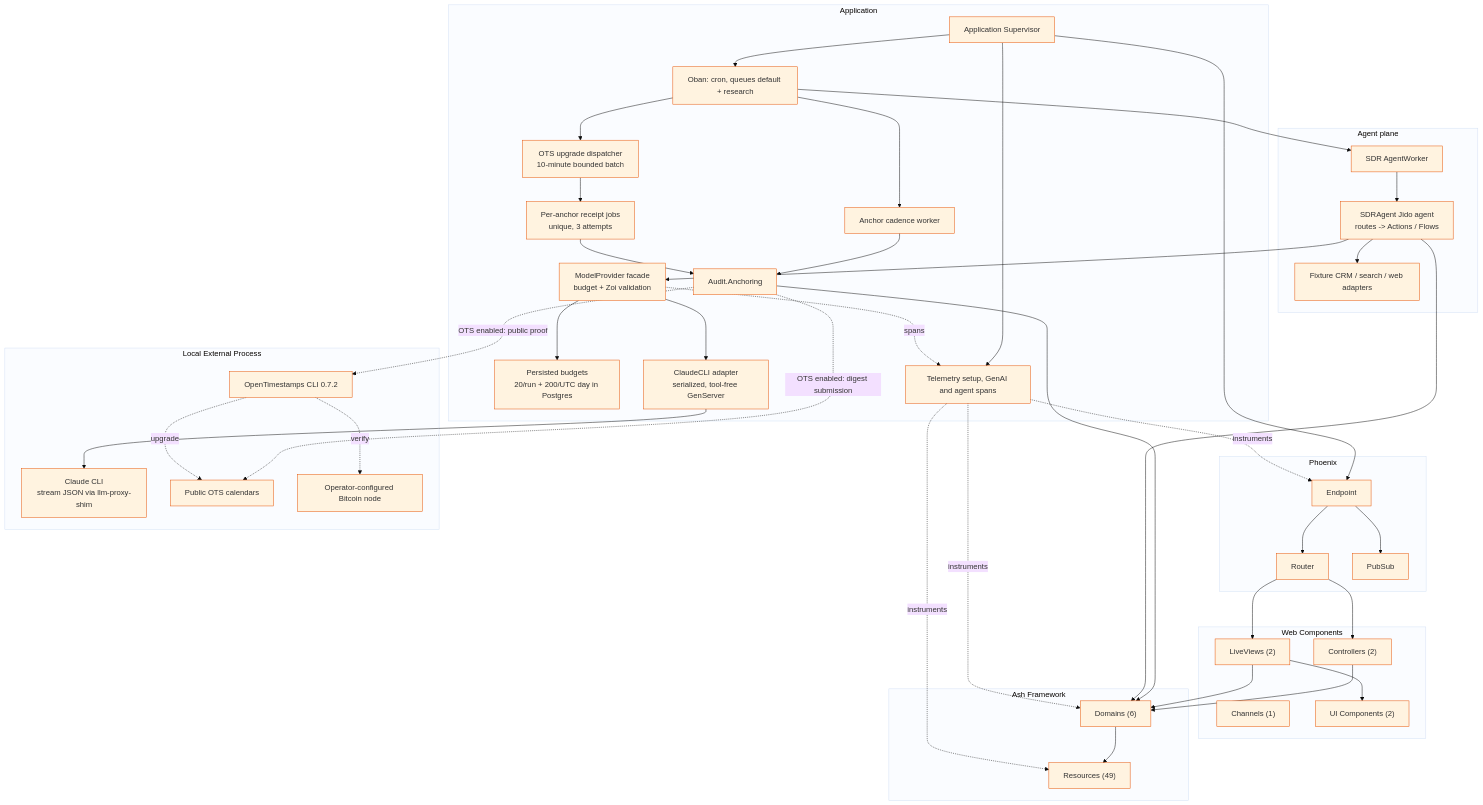
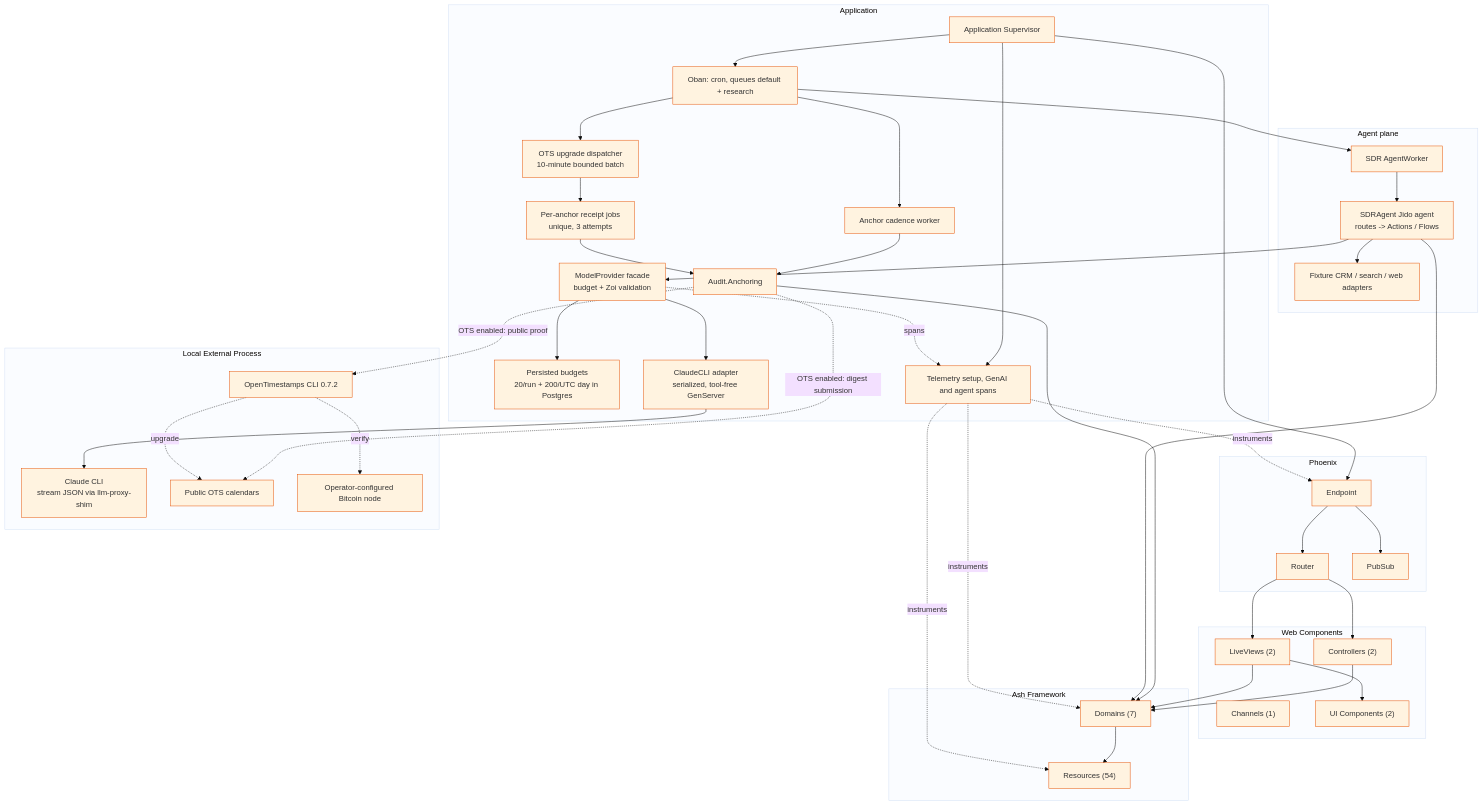
One commit to chops/sdr_agent changed the diagram in docs/architecture/components.mmd. Above: the diagram before and after it, drawn with Mermaid. The commit also changed 6 other files, not shown here.

Commit message:
S8a: architecture diagrams (Outreach domain) and GREEN evidence

```diff
--- a/docs/architecture/components.mmd
+++ b/docs/architecture/components.mmd
@@ -1,79 +1,79 @@
 %%{init: {'theme': 'base', 'themeVariables': { 'primaryColor': '#fff3e0', 'primaryBorderColor': '#e65100'}}}%%
 graph TB
     subgraph Application["Application"]
         App[Application Supervisor]
         Budget[Persisted budgets<br/>20/run + 200/UTC day in Postgres]
         ModelProvider[ModelProvider facade<br/>budget + Zoi validation]
         ClaudeCLIAdapter[ClaudeCLI adapter<br/>serialized, tool-free GenServer]
         Telemetry[Telemetry setup, GenAI and agent spans]
         Oban[Oban: cron, queues default + research]
         Cadence[Anchor cadence worker]
         UpgradeDispatch[OTS upgrade dispatcher<br/>10-minute bounded batch]
         UpgradeJobs[Per-anchor receipt jobs<br/>unique, 3 attempts]
         Anchoring[Audit.Anchoring]
     end
 
     subgraph AgentPlane["Agent plane"]
         AgentWorker[SDR AgentWorker]
         SDRAgent[SDRAgent Jido agent<br/>routes -> Actions / Flows]
         Integrations[Fixture CRM / search / web adapters]
     end
 
     subgraph Phoenix["Phoenix"]
         Endpoint[Endpoint]
         Router[Router]
         PubSub[PubSub]
     end
 
     subgraph Web["Web Components"]
         Controllers["Controllers (2)"]
         LiveViews["LiveViews (2)"]
         Channels["Channels (1)"]
         UIComponents["UI Components (2)"]
     end
 
     subgraph Ash["Ash Framework"]
-        Domains["Domains (6)"]
-        Resources["Resources (49)"]
+        Domains["Domains (7)"]
+        Resources["Resources (54)"]
     end
 
     subgraph External["Local External Process"]
         Claude[Claude CLI<br/>stream JSON via llm-proxy-shim]
         OTSCLI[OpenTimestamps CLI 0.7.2]
         OTSCalendars[Public OTS calendars]
         Bitcoin[Operator-configured Bitcoin node]
     end
 
     App --> Oban
     Oban --> Cadence
     Oban --> UpgradeDispatch
     UpgradeDispatch --> UpgradeJobs
     Cadence --> Anchoring
     UpgradeJobs --> Anchoring
     Anchoring --> Domains
     Anchoring -. OTS enabled: digest submission .-> OTSCalendars
     Anchoring -. OTS enabled: public proof .-> OTSCLI
     OTSCLI -. upgrade .-> OTSCalendars
     OTSCLI -. verify .-> Bitcoin
     App --> Endpoint
     App --> Telemetry
     ModelProvider --> Budget
     ModelProvider --> ClaudeCLIAdapter
     ModelProvider -. spans .-> Telemetry
     ClaudeCLIAdapter --> Claude
     Oban --> AgentWorker
     AgentWorker --> SDRAgent
     SDRAgent --> ModelProvider
     SDRAgent --> Integrations
     SDRAgent --> Domains
     Endpoint --> Router
     Endpoint --> PubSub
     Router --> Controllers
     Router --> LiveViews
     LiveViews --> UIComponents
     Controllers --> Domains
     LiveViews --> Domains
     Domains --> Resources
     Telemetry -. instruments .-> Endpoint
     Telemetry -. instruments .-> Domains
     Telemetry -. instruments .-> Resources
```
